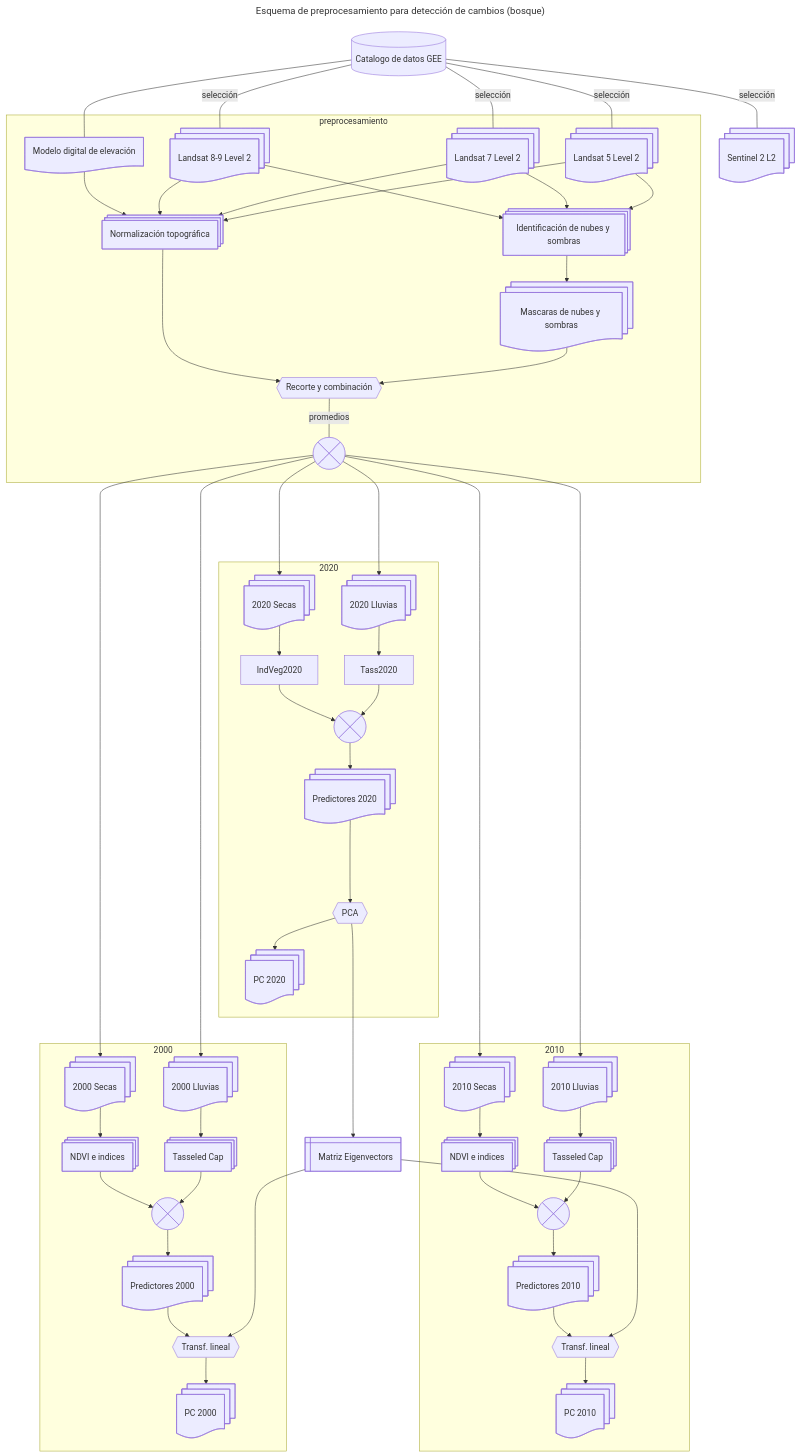
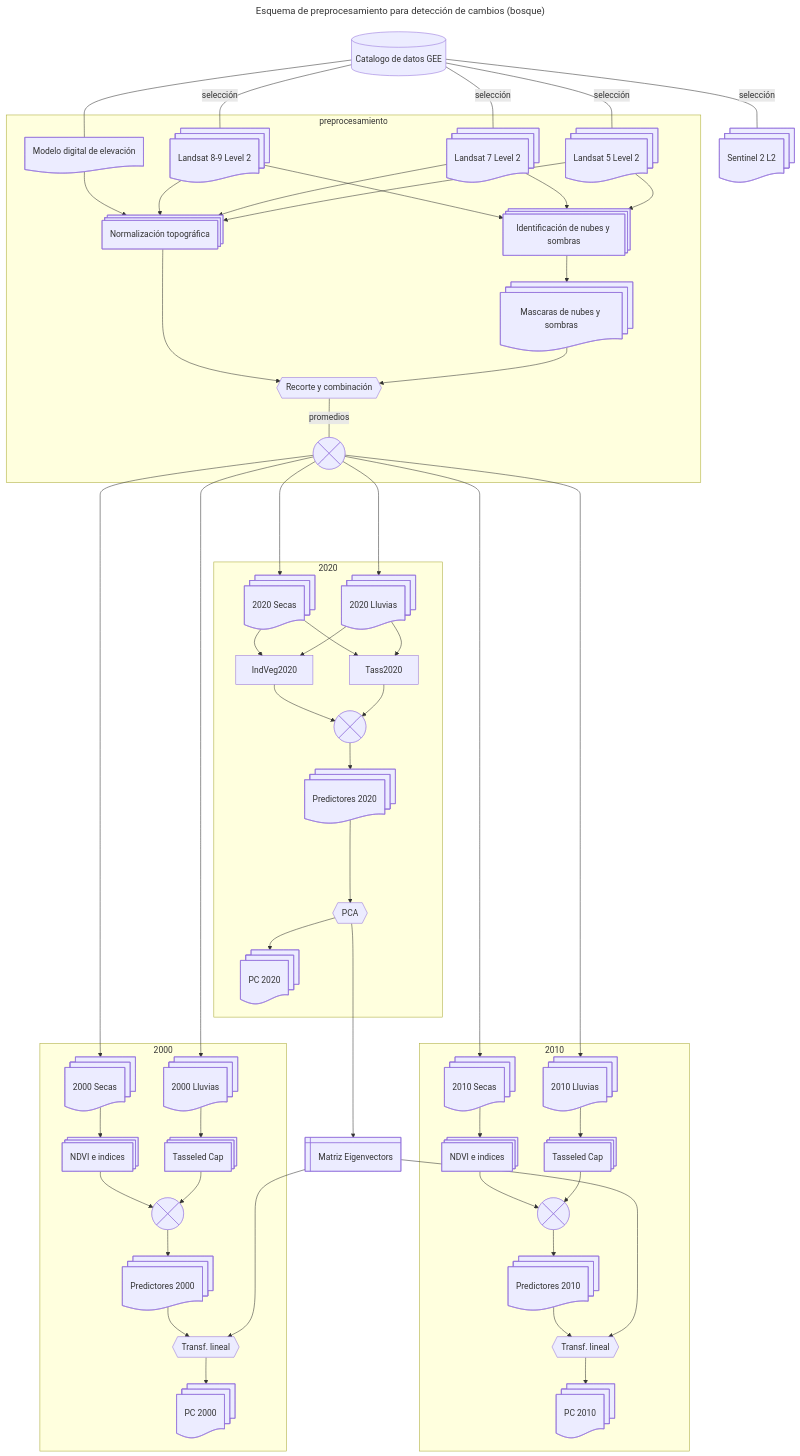
One commit to vshalisko/GEE changed the diagram in ANPs/Esquema_preprocesamiento.mermaid. Above: the diagram before and after it, drawn with Mermaid.

```diff
--- a/ANPs/Esquema_preprocesamiento.mermaid
+++ b/ANPs/Esquema_preprocesamiento.mermaid
@@ -1,112 +1,114 @@
 ---
 title: Esquema de preprocesamiento para detección de cambios (bosque)
 ---
 flowchart TD
     gee1[(Catalogo de datos GEE)]
     Landsat8@{ shape: docs, label: Landsat 8-9 Level 2}
     Landsat7@{ shape: docs, label: Landsat 7 Level 2}
     Landsat5@{ shape: docs, label: Landsat 5 Level 2}
     Sentinel2@{ shape: docs, label: Sentinel 2 L2}
     MDE@{ shape: doc, label: Modelo digital de elevación}
     
     INS@{ shape: procs, label: "Identificación de nubes y sombras"}
     MNS@{ shape: docs, label: "Mascaras de nubes y sombras"}
     NT@{ shape: procs, label: "Normalización topográfica"}
     Combinacion1@{ shape: hex, label: "Recorte y combinación" }
     Combinacion2@{ shape: cross-circ, label: "Promedios de bandas" }
 
     BSecas2000@{ shape: docs, label: 2000 Secas}
     BLluvias2000@{ shape: docs, label: 2000 Lluvias}
     BSecas2010@{ shape: docs, label: 2010 Secas}
     BLluvias2010@{ shape: docs, label: 2010 Lluvias}
     BSecas2020@{ shape: docs, label: 2020 Secas}
     BLluvias2020@{ shape: docs, label: 2020 Lluvias}
 
     IndVeg2000@{ shape: procs, label: "NDVI e indices"}
     IndVeg2010@{ shape: procs, label: "NDVI e indices"}
     IndVeg2010@{ shape: procs, label: "NDVI e indices"}
     Tass2000@{ shape: procs, label: "Tasseled Cap"}
     Tass2010@{ shape: procs, label: "Tasseled Cap"}
     Tass2010@{ shape: procs, label: "Tasseled Cap"}
 
     Comb2000@{ shape: cross-circ, label: "Combinación" }
     Comb2010@{ shape: cross-circ, label: "Combinación" }
     Comb2020@{ shape: cross-circ, label: "Combinación" }
 
     Capas2000@{ shape: docs, label: Predictores 2000}
     Capas2010@{ shape: docs, label: Predictores 2010}
     Capas2020@{ shape: docs, label: Predictores 2020}
 
     PCA2020@{ shape: hex, label: "PCA"}
     TL2000@{ shape: hex, label: "Transf. lineal"}
     TL2010@{ shape: hex, label: "Transf. lineal"}
 
     CapasPCA2000@{ shape: docs, label: PC 2000}
     CapasPCA2010@{ shape: docs, label: PC 2010}
     CapasPCA2020@{ shape: docs, label: PC 2020}
 
     Eigenvectors@{ shape: win-pane, label: "Matriz Eigenvectors" }
 
     gee1---|selección|Landsat8
     gee1---|selección|Landsat7
     gee1---|selección|Landsat5
     gee1---|selección|Sentinel2
     gee1---MDE
 
     subgraph preprocesamiento
         Landsat8-->INS
         Landsat7-->INS
         Landsat5-->INS
 
         MDE-->NT
         Landsat8-->NT
         Landsat7-->NT
         Landsat5-->NT
 
         INS-->MNS
         NT-->Combinacion1
         MNS-->Combinacion1
         Combinacion1---|promedios|Combinacion2
         
     end
 
     Combinacion2---->BSecas2000
     Combinacion2---->BLluvias2000
     Combinacion2---->BSecas2010
     Combinacion2---->BLluvias2010
     Combinacion2---->BSecas2020
     Combinacion2---->BLluvias2020
 
     subgraph 2000
         BSecas2000-->IndVeg2000
         BLluvias2000-->Tass2000
         IndVeg2000-->Comb2000
         Tass2000-->Comb2000
         Comb2000-->Capas2000
         Capas2000-->TL2000
         TL2000-->CapasPCA2000
     end
 
     subgraph 2010
         BSecas2010-->IndVeg2010
         BLluvias2010-->Tass2010
         IndVeg2010-->Comb2010
         Tass2010-->Comb2010
         Comb2010-->Capas2010
         Capas2010-->TL2010
         TL2010-->CapasPCA2010
     end
 
     subgraph 2020
         BSecas2020-->IndVeg2020
+        BSecas2020-->Tass2020
+        BLluvias2020-->IndVeg2020
         BLluvias2020-->Tass2020
         IndVeg2020-->Comb2020
         Tass2020-->Comb2020
         Comb2020-->Capas2020
         Capas2020---->PCA2020
         PCA2020-->CapasPCA2020
     end
 
     PCA2020---->Eigenvectors
     Eigenvectors---->TL2000
     Eigenvectors---->TL2010
```
